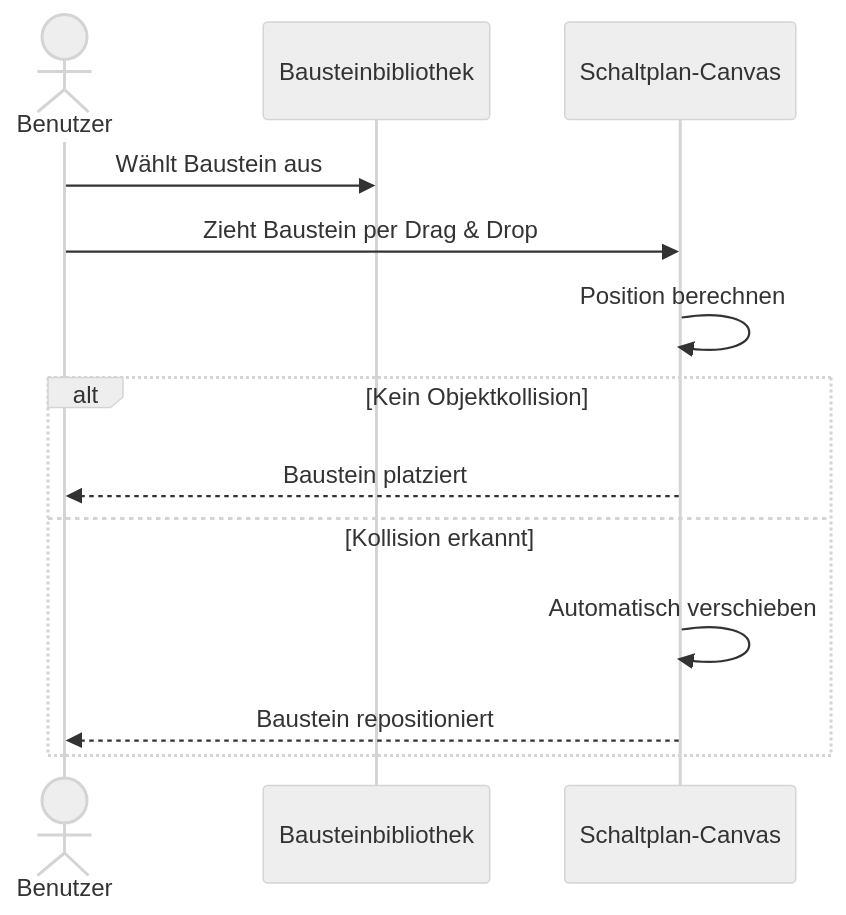
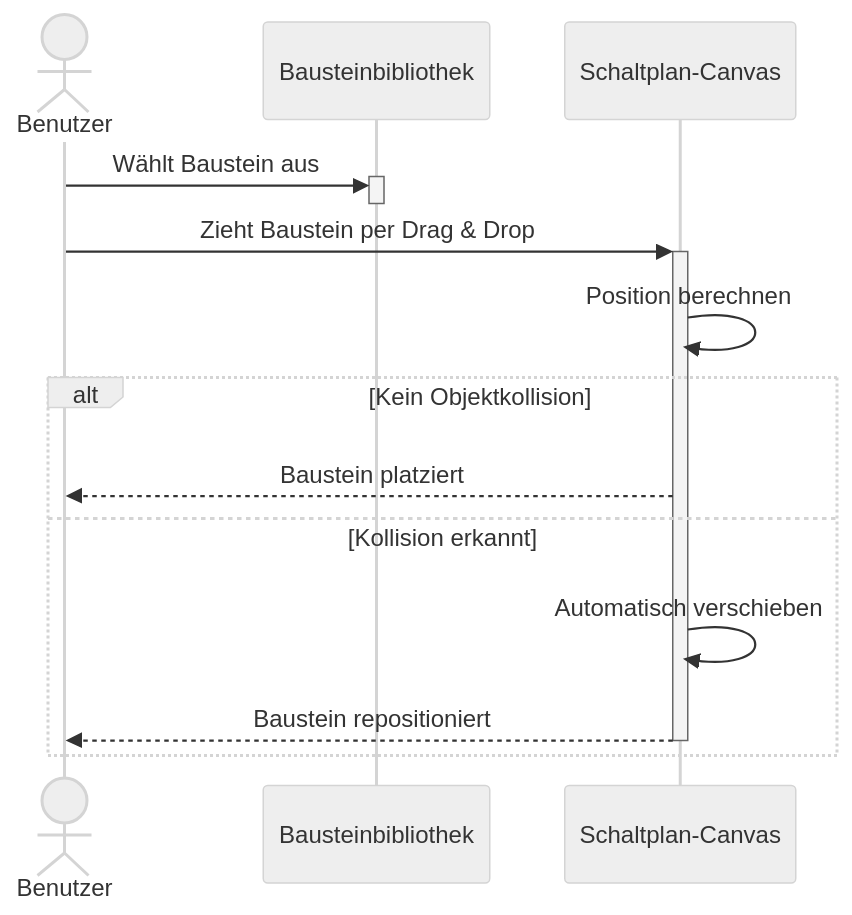
The tenth of 22 diagrams in docs/use_cases/software_requirements_specification.md (SimonJ2222/BitFlow), drawn with Mermaid (neutral theme) before and after one commit. The commit also changed other lines of this file, not shown here.

Commit message:
Added activations and deactivations to all Sequence Diagrams

````diff
--- a/docs/use_cases/software_requirements_specification.md
+++ b/docs/use_cases/software_requirements_specification.md
@@ -463,17 +470,18 @@
 ```mermaid
 sequenceDiagram
     actor Benutzer
     participant Bibliothek as Bausteinbibliothek
     participant Canvas as Schaltplan-Canvas
 
-    Benutzer ->> Bibliothek: Wählt Baustein aus
-    Benutzer ->> Canvas: Zieht Baustein per Drag & Drop
+    Benutzer ->>+ Bibliothek: Wählt Baustein aus
+    deactivate Bibliothek
+    Benutzer ->>+ Canvas: Zieht Baustein per Drag & Drop
     Canvas ->> Canvas: Position berechnen
     alt Kein Objektkollision
         Canvas -->> Benutzer: Baustein platziert
     else Kollision erkannt
         Canvas ->> Canvas: Automatisch verschieben
-        Canvas -->> Benutzer: Baustein repositioniert
+        Canvas -->>- Benutzer: Baustein repositioniert
     end
 
 ```
````
